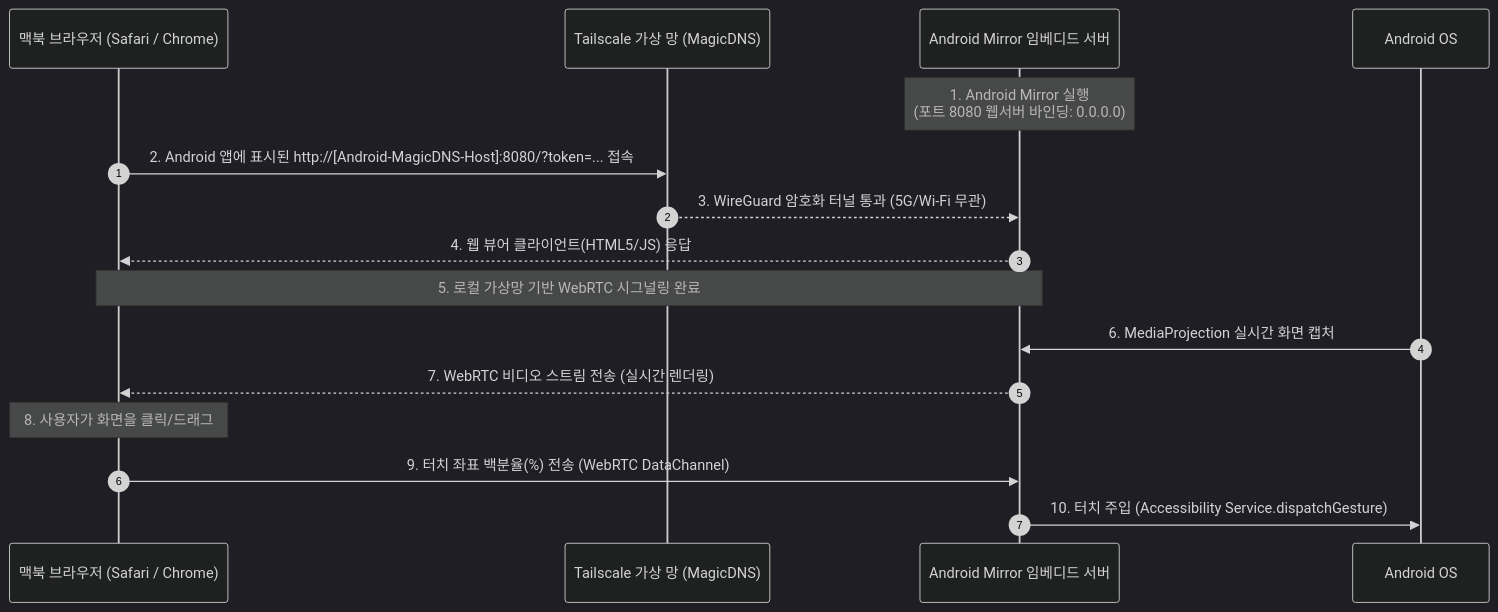
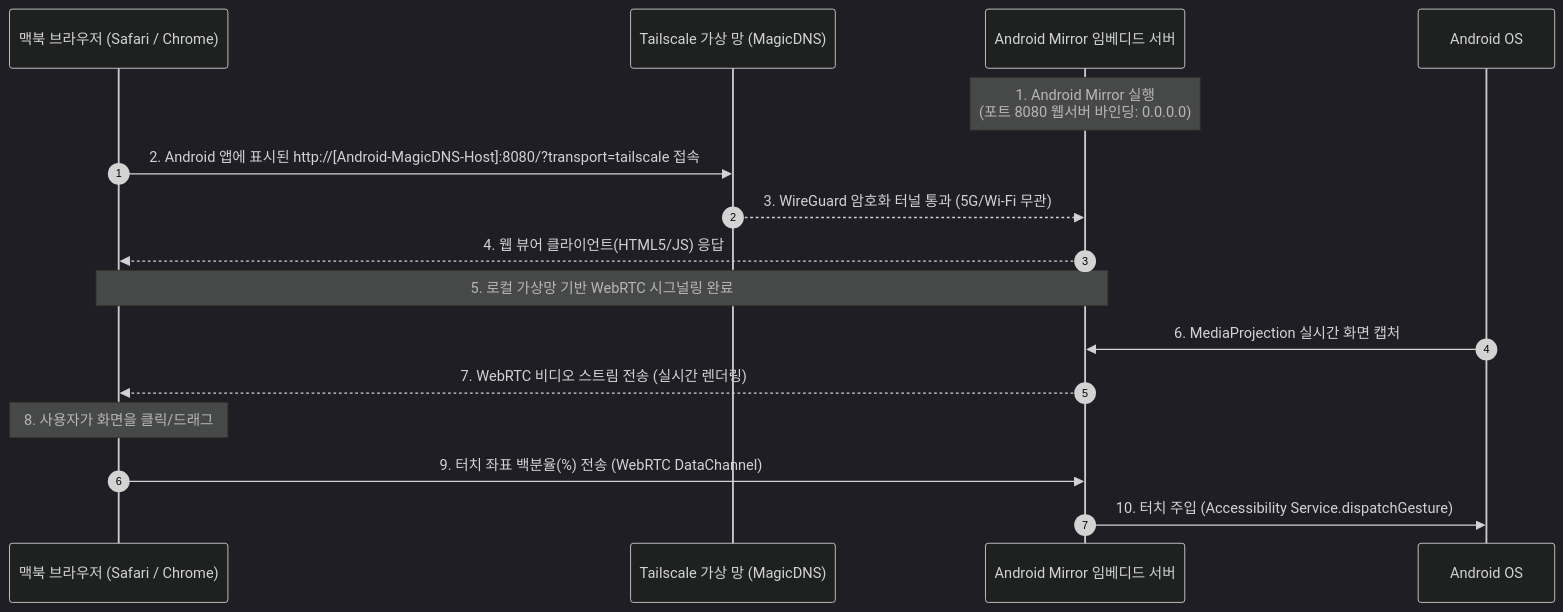
One commit to jazpiper/galaxy-mirror-web changed the diagram in README.md. Above: the diagram before and after it, drawn with Mermaid (dark theme). The commit also changed other lines of this file and 40 other files, not shown here.

````diff
--- a/README.md
+++ b/README.md
@@ -11,22 +11,22 @@
 ```mermaid
 sequenceDiagram
     autonumber
     participant Mac as 맥북 브라우저 (Safari / Chrome)
     participant Tailnet as Tailscale 가상 망 (MagicDNS)
     participant AndroidApp as Android Mirror 임베디드 서버
     participant AndroidOS as Android OS
     
     Note over AndroidApp: 1. Android Mirror 실행<br/>(포트 8080 웹서버 바인딩: 0.0.0.0)
     
-    Mac->>Tailnet: 2. Android 앱에 표시된 http://[Android-MagicDNS-Host]:8080/?token=... 접속
+    Mac->>Tailnet: 2. Android 앱에 표시된 http://[Android-MagicDNS-Host]:8080/?transport=tailscale 접속
     Tailnet-->>AndroidApp: 3. WireGuard 암호화 터널 통과 (5G/Wi-Fi 무관)
     AndroidApp-->>Mac: 4. 웹 뷰어 클라이언트(HTML5/JS) 응답
     
     Note over Mac, AndroidApp: 5. 로컬 가상망 기반 WebRTC 시그널링 완료
     AndroidOS->>AndroidApp: 6. MediaProjection 실시간 화면 캡처
     AndroidApp-->>Mac: 7. WebRTC 비디오 스트림 전송 (실시간 렌더링)
     
     Note over Mac: 8. 사용자가 화면을 클릭/드래그
     Mac->>AndroidApp: 9. 터치 좌표 백분율(%) 전송 (WebRTC DataChannel)
     AndroidApp->>AndroidOS: 10. 터치 주입 (Accessibility Service.dispatchGesture)
 ```
````
